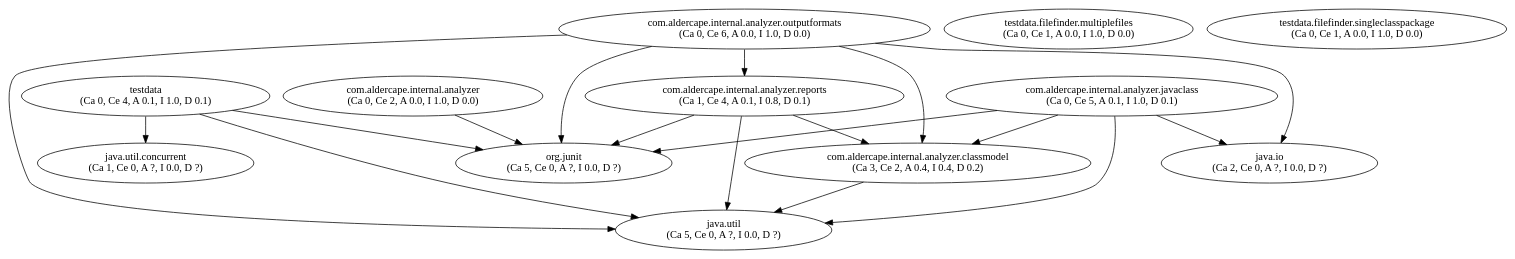
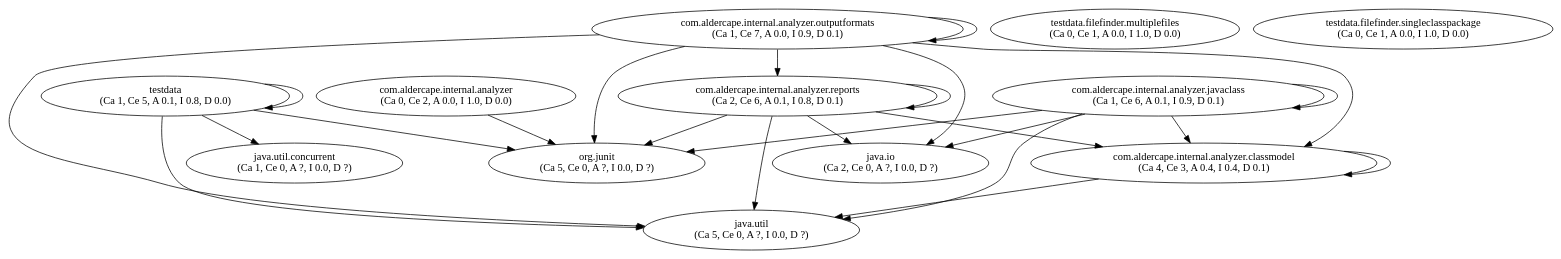
One commit to AlderCape/Analyzer changed the diagram in project.dot. Above: the diagram before and after it, drawn with Graphviz. The commit also changed 7 other files, not shown here.

```diff
--- a/project.dot
+++ b/project.dot
@@ -1,31 +1,37 @@
 digraph G {
 "com.aldercape.internal.analyzer" [label="com.aldercape.internal.analyzer\n(Ca 0, Ce 2, A 0.0, I 1.0, D 0.0)"];
-"com.aldercape.internal.analyzer.classmodel" [label="com.aldercape.internal.analyzer.classmodel\n(Ca 3, Ce 2, A 0.4, I 0.4, D 0.2)"];
-"com.aldercape.internal.analyzer.javaclass" [label="com.aldercape.internal.analyzer.javaclass\n(Ca 0, Ce 5, A 0.1, I 1.0, D 0.1)"];
-"com.aldercape.internal.analyzer.outputformats" [label="com.aldercape.internal.analyzer.outputformats\n(Ca 0, Ce 6, A 0.0, I 1.0, D 0.0)"];
-"com.aldercape.internal.analyzer.reports" [label="com.aldercape.internal.analyzer.reports\n(Ca 1, Ce 4, A 0.1, I 0.8, D 0.1)"];
+"com.aldercape.internal.analyzer.classmodel" [label="com.aldercape.internal.analyzer.classmodel\n(Ca 4, Ce 3, A 0.4, I 0.4, D 0.1)"];
+"com.aldercape.internal.analyzer.javaclass" [label="com.aldercape.internal.analyzer.javaclass\n(Ca 1, Ce 6, A 0.1, I 0.9, D 0.1)"];
+"com.aldercape.internal.analyzer.outputformats" [label="com.aldercape.internal.analyzer.outputformats\n(Ca 1, Ce 7, A 0.0, I 0.9, D 0.1)"];
+"com.aldercape.internal.analyzer.reports" [label="com.aldercape.internal.analyzer.reports\n(Ca 2, Ce 6, A 0.1, I 0.8, D 0.1)"];
 "java.io" [label="java.io\n(Ca 2, Ce 0, A ?, I 0.0, D ?)"];
 "java.util" [label="java.util\n(Ca 5, Ce 0, A ?, I 0.0, D ?)"];
 "java.util.concurrent" [label="java.util.concurrent\n(Ca 1, Ce 0, A ?, I 0.0, D ?)"];
 "org.junit" [label="org.junit\n(Ca 5, Ce 0, A ?, I 0.0, D ?)"];
-"testdata" [label="testdata\n(Ca 0, Ce 4, A 0.1, I 1.0, D 0.1)"];
+"testdata" [label="testdata\n(Ca 1, Ce 5, A 0.1, I 0.8, D 0.0)"];
 "testdata.filefinder.multiplefiles" [label="testdata.filefinder.multiplefiles\n(Ca 0, Ce 1, A 0.0, I 1.0, D 0.0)"];
 "testdata.filefinder.singleclasspackage" [label="testdata.filefinder.singleclasspackage\n(Ca 0, Ce 1, A 0.0, I 1.0, D 0.0)"];
 "com.aldercape.internal.analyzer" -> "org.junit";
+"com.aldercape.internal.analyzer.classmodel" -> "com.aldercape.internal.analyzer.classmodel";
 "com.aldercape.internal.analyzer.classmodel" -> "java.util";
 "com.aldercape.internal.analyzer.javaclass" -> "com.aldercape.internal.analyzer.classmodel";
+"com.aldercape.internal.analyzer.javaclass" -> "com.aldercape.internal.analyzer.javaclass";
 "com.aldercape.internal.analyzer.javaclass" -> "java.io";
 "com.aldercape.internal.analyzer.javaclass" -> "java.util";
 "com.aldercape.internal.analyzer.javaclass" -> "org.junit";
 "com.aldercape.internal.analyzer.outputformats" -> "com.aldercape.internal.analyzer.classmodel";
+"com.aldercape.internal.analyzer.outputformats" -> "com.aldercape.internal.analyzer.outputformats";
 "com.aldercape.internal.analyzer.outputformats" -> "com.aldercape.internal.analyzer.reports";
 "com.aldercape.internal.analyzer.outputformats" -> "java.io";
 "com.aldercape.internal.analyzer.outputformats" -> "java.util";
 "com.aldercape.internal.analyzer.outputformats" -> "org.junit";
 "com.aldercape.internal.analyzer.reports" -> "com.aldercape.internal.analyzer.classmodel";
+"com.aldercape.internal.analyzer.reports" -> "com.aldercape.internal.analyzer.reports";
+"com.aldercape.internal.analyzer.reports" -> "java.io";
 "com.aldercape.internal.analyzer.reports" -> "java.util";
 "com.aldercape.internal.analyzer.reports" -> "org.junit";
 "testdata" -> "java.util";
 "testdata" -> "java.util.concurrent";
 "testdata" -> "org.junit";
+"testdata" -> "testdata";
 }
```
